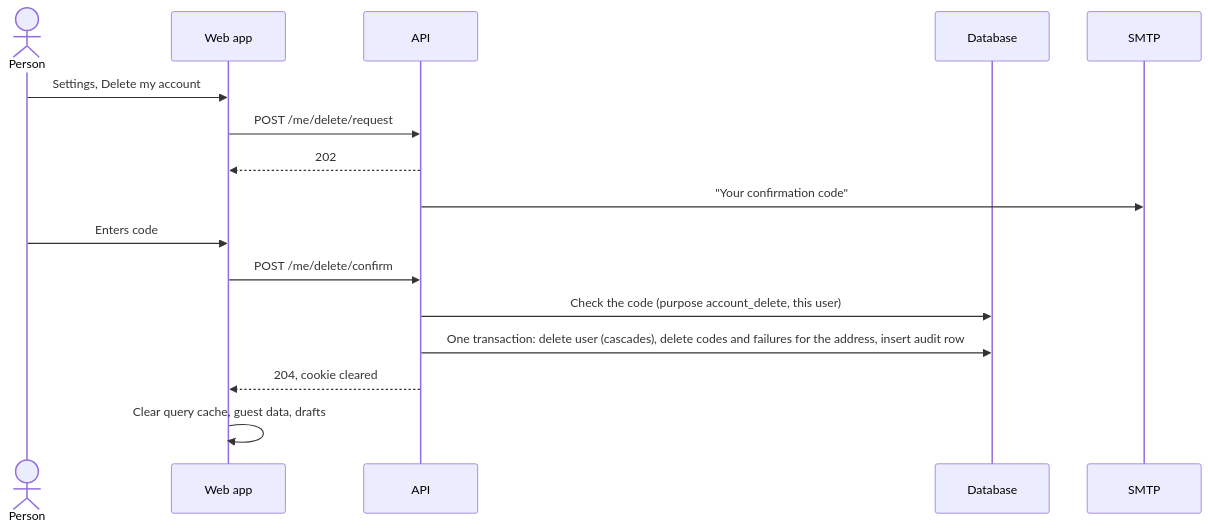
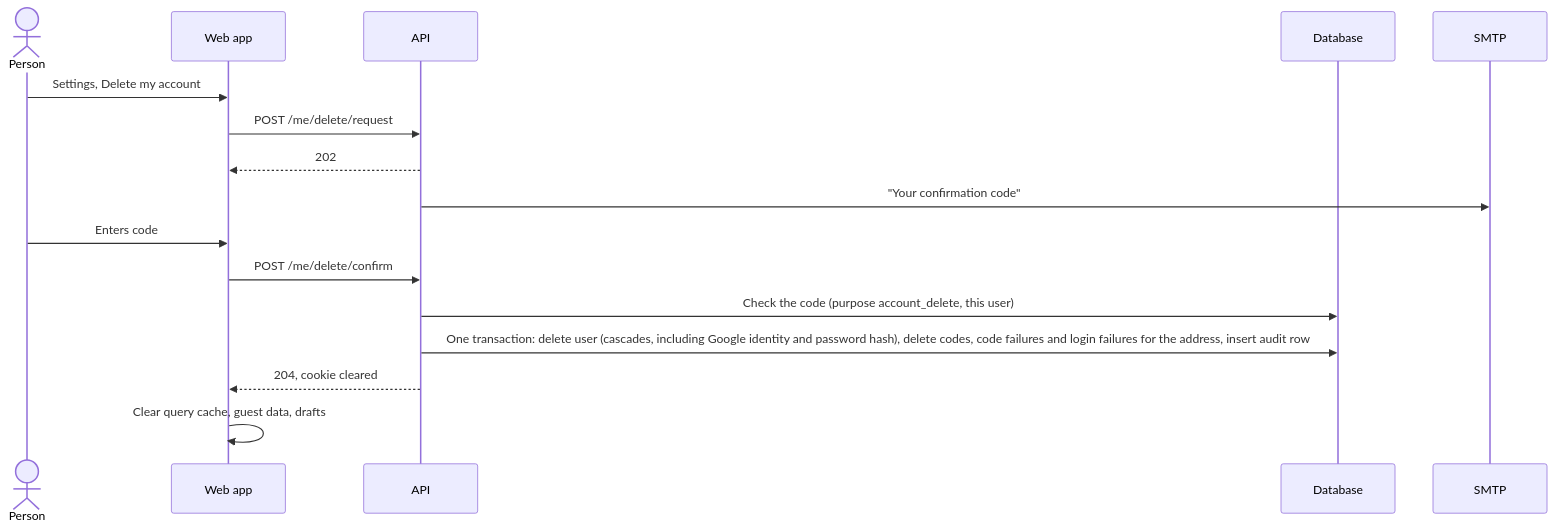
One commit to gypk555/anxiety changed the fourth of 4 diagrams in docs/ARCHITECTURE.md. Above: the diagram before and after it, drawn with Mermaid. The commit also changed other lines of this file and 135 other files, not shown here.

````diff
--- a/docs/ARCHITECTURE.md
+++ b/docs/ARCHITECTURE.md
@@ -127,19 +129,19 @@
 ```mermaid
 sequenceDiagram
   actor P as Person
   participant W as Web app
   participant A as API
   participant D as Database
   participant M as SMTP
 
   P->>W: Settings, Delete my account
   W->>A: POST /me/delete/request
   A-->>W: 202
   A->>M: "Your confirmation code"
   P->>W: Enters code
   W->>A: POST /me/delete/confirm
   A->>D: Check the code (purpose account_delete, this user)
-  A->>D: One transaction: delete user (cascades), delete codes and failures for the address, insert audit row
+  A->>D: One transaction: delete user (cascades, including Google identity and password hash), delete codes, code failures and login failures for the address, insert audit row
   A-->>W: 204, cookie cleared
   W->>W: Clear query cache, guest data, drafts
 ```
````
